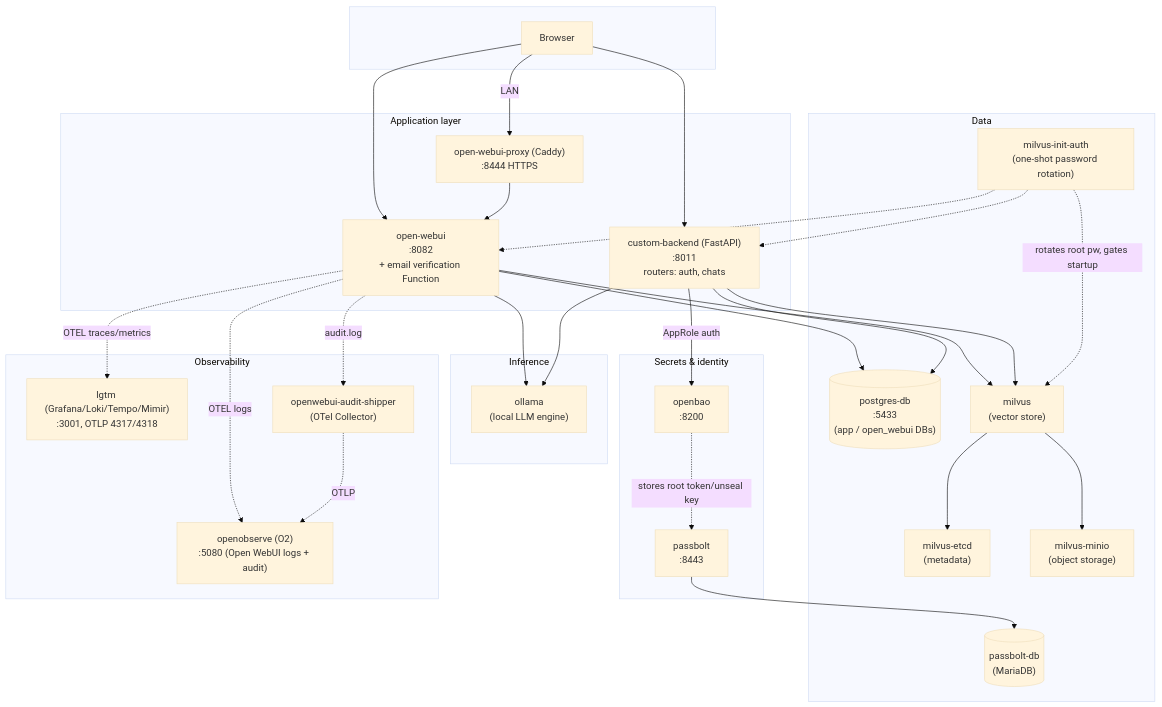
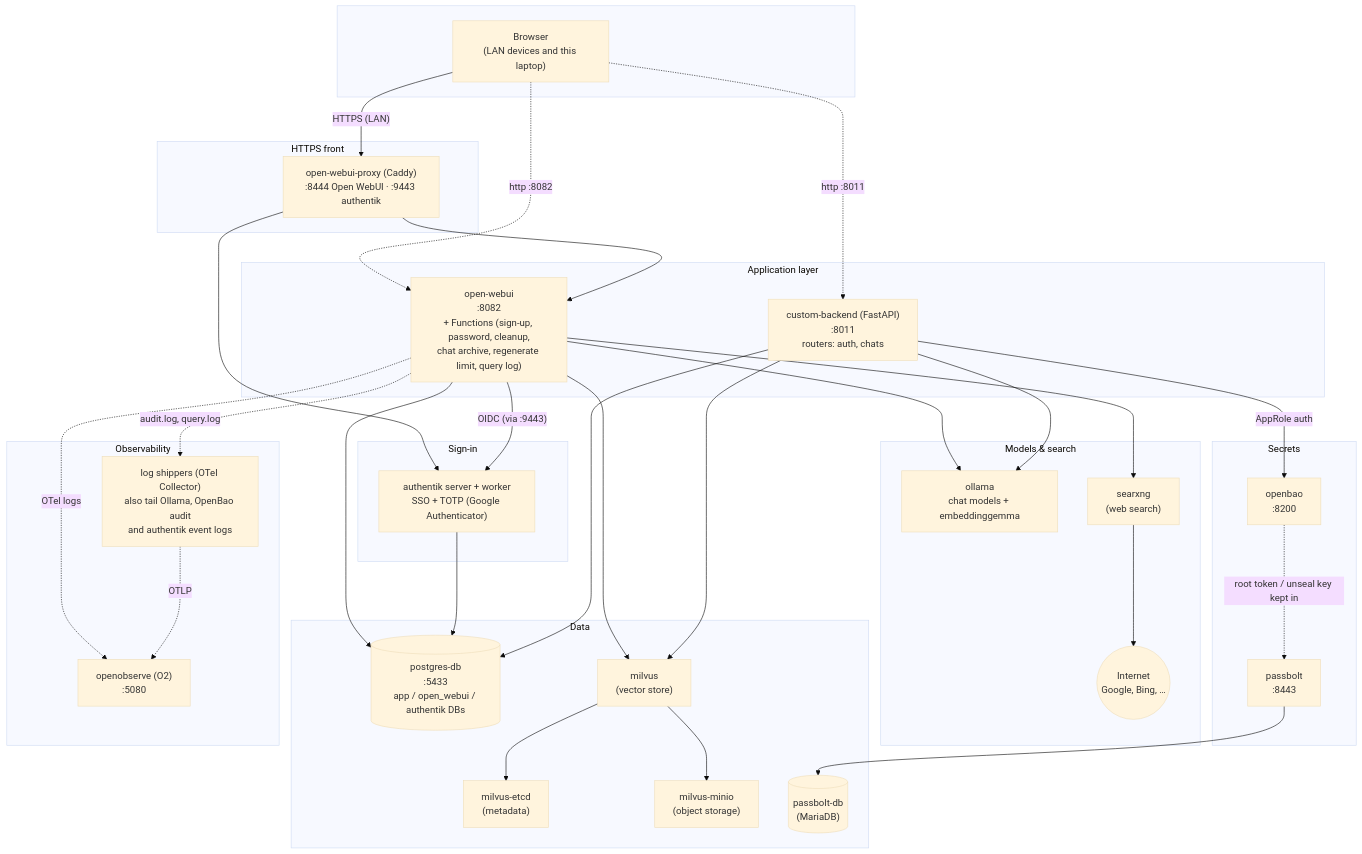
Before and after one commit to akshatz/laptop-ai-backend: the diagram in README.md, drawn with Mermaid (base theme). The commit also changed other lines of this file and 5 other files, not shown here.

````diff
--- a/README.md
+++ b/README.md
@@ -7,63 +7,71 @@
 ```mermaid
 flowchart TB
     subgraph client[" "]
-        browser["Browser"]
+        browser["Browser\n(LAN devices and this laptop)"]
+    end
+
+    subgraph edge["HTTPS front"]
+        proxy["open-webui-proxy (Caddy)\n:8444 Open WebUI · :9443 authentik"]
     end
 
     subgraph app["Application layer"]
-        proxy["open-webui-proxy (Caddy)\n:8444 HTTPS"]
-        webui["open-webui\n:8082\n+ email verification Function"]
+        webui["open-webui\n:8082\n+ Functions (sign-up, password, cleanup,\nchat archive, regenerate limit, query log)"]
         backend["custom-backend (FastAPI)\n:8011\nrouters: auth, chats"]
     end
 
-    subgraph inference["Inference"]
-        ollama["ollama\n(local LLM engine)"]
+    subgraph identity["Sign-in"]
+        authentik["authentik server + worker\nSSO + TOTP (Google Authenticator)"]
+    end
+
+    subgraph inference["Models & search"]
+        ollama["ollama\nchat models + embeddinggemma"]
+        searxng["searxng\n(web search)"]
+        internet(("Internet\nGoogle, Bing, …"))
     end
 
     subgraph data["Data"]
-        postgres[("postgres-db\n:5433\n(app / open_webui DBs)")]
-        passboltDb[("passbolt-db\n(MariaDB)")]
+        postgres[("postgres-db\n:5433\napp / open_webui / authentik DBs")]
         milvus["milvus\n(vector store)"]
         milvusEtcd["milvus-etcd\n(metadata)"]
         milvusMinio["milvus-minio\n(object storage)"]
-        milvusInit["milvus-init-auth\n(one-shot password rotation)"]
+        passboltDb[("passbolt-db\n(MariaDB)")]
     end
 
-    subgraph secrets["Secrets & identity"]
+    subgraph secrets["Secrets"]
         openbao["openbao\n:8200"]
         passbolt["passbolt\n:8443"]
     end
 
     subgraph observability["Observability"]
-        lgtm["lgtm (Grafana/Loki/Tempo/Mimir)\n:3001, OTLP 4317/4318"]
-        openobserve["openobserve (O2)\n:5080 (Open WebUI logs + audit)"]
-        auditshipper["openwebui-audit-shipper\n(OTel Collector)"]
+        shippers["log shippers (OTel Collector)\nalso tail Ollama, OpenBao audit\nand authentik event logs"]
+        openobserve["openobserve (O2)\n:5080"]
     end
 
-    browser --> webui
-    browser -- LAN --> proxy
+    browser -- "HTTPS (LAN)" --> proxy
+    browser -. "http :8082" .-> webui
+    browser -. "http :8011" .-> backend
     proxy --> webui
-    browser --> backend
+    proxy --> authentik
 
+    webui -- "OIDC (via :9443)" --> authentik
     webui --> ollama
+    webui --> searxng
+    searxng --> internet
     webui --> milvus
     webui --> postgres
-    webui -. OTEL traces/metrics .-> lgtm
-    webui -. OTEL logs .-> openobserve
-    webui -.->|audit.log| auditshipper
-    auditshipper -. OTLP .-> openobserve
+    authentik --> postgres
 
     backend --> ollama
     backend --> milvus
     backend --> postgres
-    backend -- AppRole auth --> openbao
+    backend -- "AppRole auth" --> openbao
 
     milvus --> milvusEtcd
     milvus --> milvusMinio
-    milvusInit -. rotates root pw, gates startup .-> milvus
-    milvusInit -.-> webui
-    milvusInit -.-> backend
+    passbolt --> passboltDb
+    openbao -. "root token / unseal key kept in" .-> passbolt
 
-    passbolt --> passboltDb
-    openbao -. stores root token/unseal key .-> passbolt
+    webui -. "OTel logs" .-> openobserve
+    webui -. "audit.log, query.log" .-> shippers
+    shippers -. OTLP .-> openobserve
 ```
````
